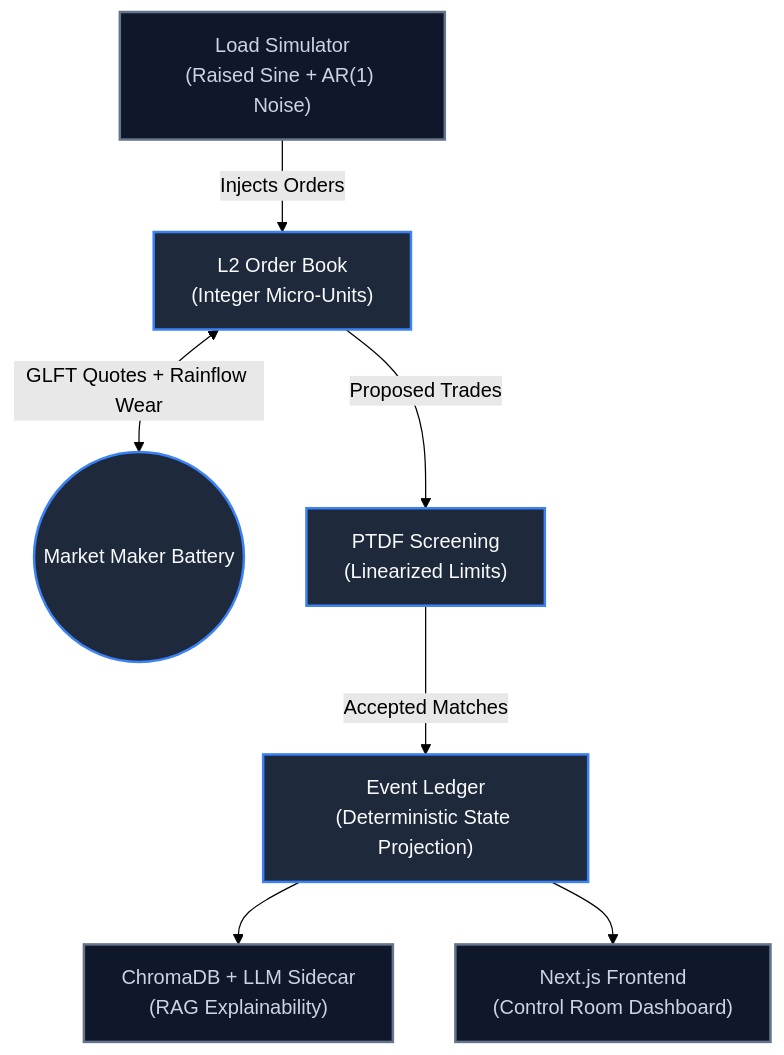
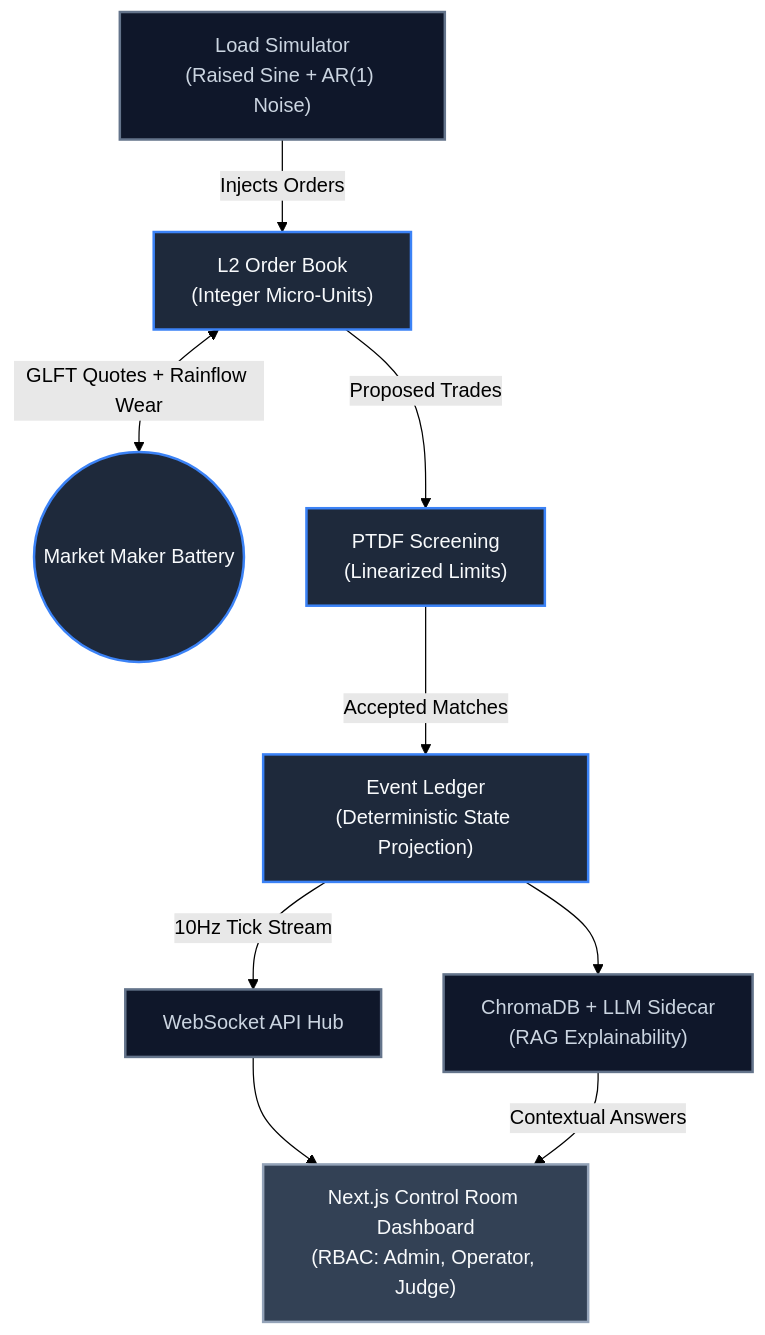
Before and after one commit to riturajbarman/sovereign-amm: the diagram in README.md, drawn with Mermaid (forest theme). The commit also changed other lines of this file, not shown here.

Commit message:
docs(readme): add detailed platform capabilities and RBAC architecture

````diff
--- a/README.md
+++ b/README.md
@@ -36,12 +36,17 @@
 ```mermaid
 graph TD
     classDef core fill:#1e293b,stroke:#3b82f6,stroke-width:2px,color:#f8fafc;
     classDef ext fill:#0f172a,stroke:#64748b,stroke-width:2px,color:#cbd5e1;
+    classDef ui fill:#334155,stroke:#94a3b8,stroke-width:2px,color:#f8fafc;
 
     LS["Load Simulator<br/>(Raised Sine + AR(1) Noise)"]:::ext -->|Injects Orders| L2["L2 Order Book<br/>(Integer Micro-Units)"]:::core
     L2 <-->|GLFT Quotes + Rainflow Wear| BAT(("Market Maker Battery")):::core
     L2 -->|Proposed Trades| PTDF["PTDF Screening<br/>(Linearized Limits)"]:::core
     PTDF -->|Accepted Matches| EL["Event Ledger<br/>(Deterministic State Projection)"]:::core
+    
+    EL -->|10Hz Tick Stream| WS["WebSocket API Hub"]:::ext
     EL --> RAG["ChromaDB + LLM Sidecar<br/>(RAG Explainability)"]:::ext
-    EL --> UI["Next.js Frontend<br/>(Control Room Dashboard)"]:::ext
+    
+    WS --> UI["Next.js Control Room Dashboard<br/>(RBAC: Admin, Operator, Judge)"]:::ui
+    RAG -->|Contextual Answers| UI
 ```
````
